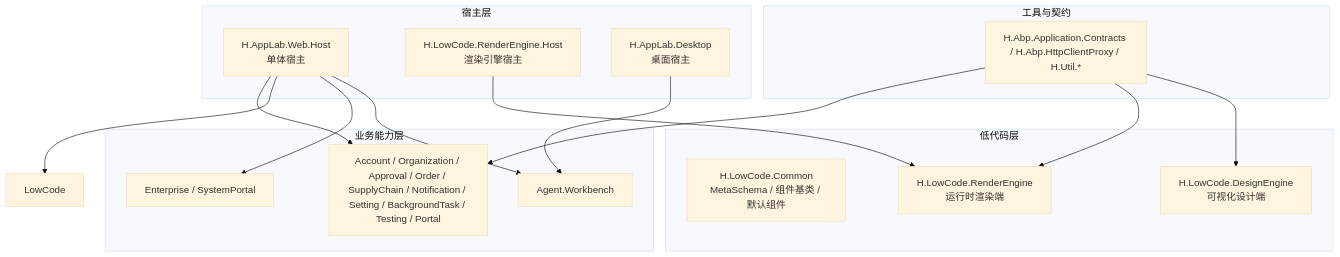
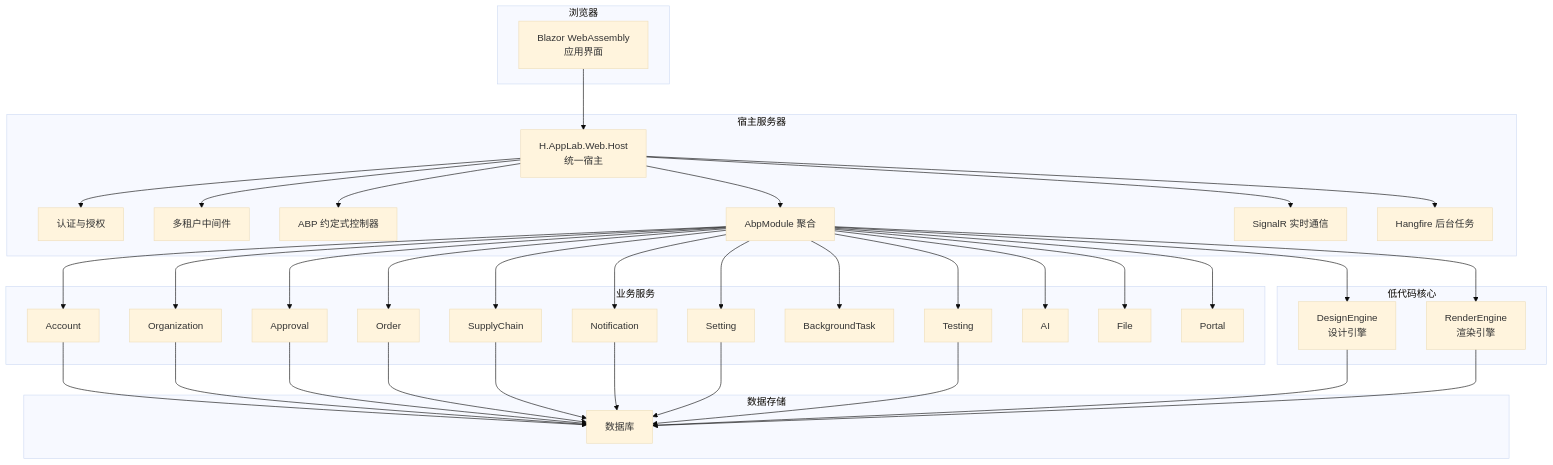
The second of 11 diagrams in .qoder/repowiki/zh/content/架构设计/架构设计.md (openlowcodelab/lowcode), drawn with Mermaid (base theme) before and after one commit. The commit also changed other lines of this file and 223 other files, not shown here.

````diff
--- a/.qoder/repowiki/zh/content/架构设计/架构设计.md
+++ b/.qoder/repowiki/zh/content/架构设计/架构设计.md
@@ -51,36 +131,72 @@
 ```mermaid
 graph TB
-    subgraph "宿主层"
-        HostAll["H.AppLab.Web.Host<br/>单体宿主"]
-        RenderHost["H.LowCode.RenderEngine.Host<br/>渲染引擎宿主"]
-        Desktop["H.AppLab.Desktop<br/>桌面宿主"]
+    subgraph "浏览器"
+        Browser["Blazor WebAssembly<br/>应用界面"]
     end
 
-    subgraph "低代码层"
-        Common["H.LowCode.Common<br/>MetaSchema / 组件基类 / 默认组件"]
-        DesignEngine["H.LowCode.DesignEngine<br/>可视化设计端"]
-        RenderEngine["H.LowCode.RenderEngine<br/>运行时渲染端"]
+    subgraph "宿主服务器"
+        Host["H.AppLab.Web.Host<br/>统一宿主"]
+        Auth["认证与授权"]
+        MT["多租户中间件"]
+        Controllers["ABP 约定式控制器"]
+        Modules["AbpModule 聚合"]
+        SignalR["SignalR 实时通信"]
+        Hangfire["Hangfire 后台任务"]
     end
 
-    subgraph "业务能力层"
-        Services["Account / Organization / Approval / Order / SupplyChain / Notification / Setting / BackgroundTask / Testing / Portal"]
-        SystemApps["Enterprise / SystemPortal"]
-        AgentWorkbench["Agent.Workbench"]
+    subgraph "业务服务"
+        S_Account["Account"]
+        S_Org["Organization"]
+        S_Approval["Approval"]
+        S_Order["Order"]
+        S_SupplyChain["SupplyChain"]
+        S_Notify["Notification"]
+        S_Setting["Setting"]
+        S_Background["BackgroundTask"]
+        S_Testing["Testing"]
+        S_AI["AI"]
+        S_File["File"]
+        S_Portal["Portal"]
     end
 
-    subgraph "工具与契约"
-        Utils["H.Abp.Application.Contracts / H.Abp.HttpClientProxy / H.Util.*"]
+    subgraph "低代码核心"
+        L_Design["DesignEngine<br/>设计引擎"]
+        L_Render["RenderEngine<br/>渲染引擎"]
     end
 
-    HostAll --> Services
-    HostAll --> LowCode
-    HostAll --> SystemApps
-    HostAll --> AgentWorkbench
+    subgraph "数据存储"
+        DB["数据库"]
+    end
 
-    RenderHost --> RenderEngine
-    Desktop --> AgentWorkbench
-
-    Utils --> Services
-    Utils --> RenderEngine
-    Utils --> DesignEngine
+    Browser --> Host
+    Host --> Auth
+    Host --> MT
+    Host --> Controllers
+    Host --> Modules
+    Host --> SignalR
+    Host --> Hangfire
+    Modules --> S_Account
+    Modules --> S_Org
+    Modules --> S_Approval
+    Modules --> S_Order
+    Modules --> S_SupplyChain
+    Modules --> S_Notify
+    Modules --> S_Setting
+    Modules --> S_Background
+    Modules --> S_Testing
+    Modules --> S_AI
+    Modules --> S_File
+    Modules --> S_Portal
+    Modules --> L_Design
+    Modules --> L_Render
+    S_Account --> DB
+    S_Org --> DB
+    S_Approval --> DB
+    S_Order --> DB
+    S_SupplyChain --> DB
+    S_Notify --> DB
+    S_Setting --> DB
+    S_Testing --> DB
+    L_Design --> DB
+    L_Render --> DB
 ```
````
